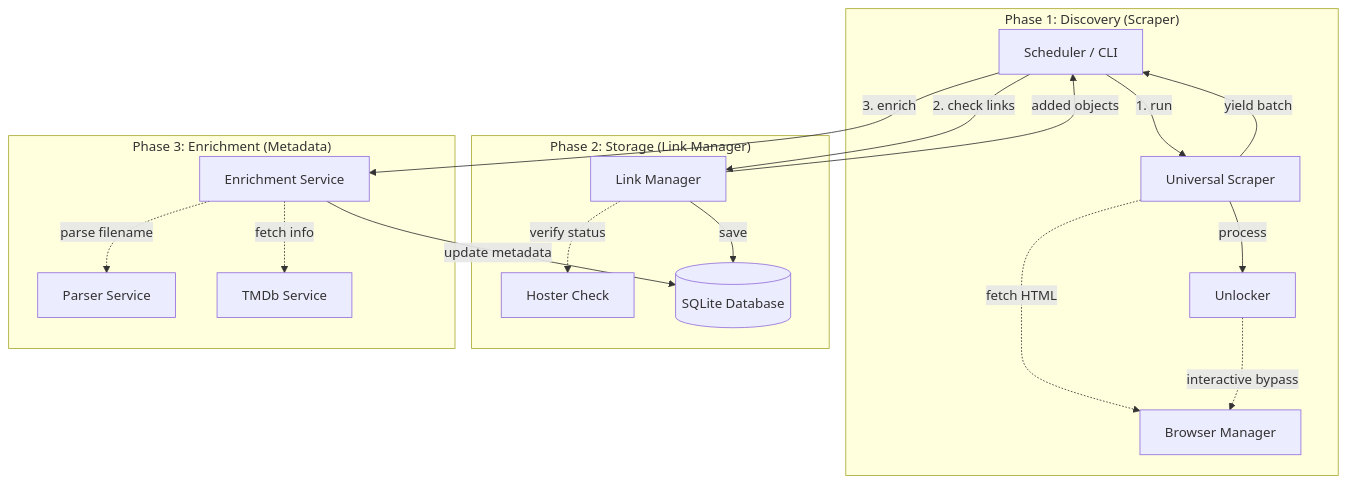
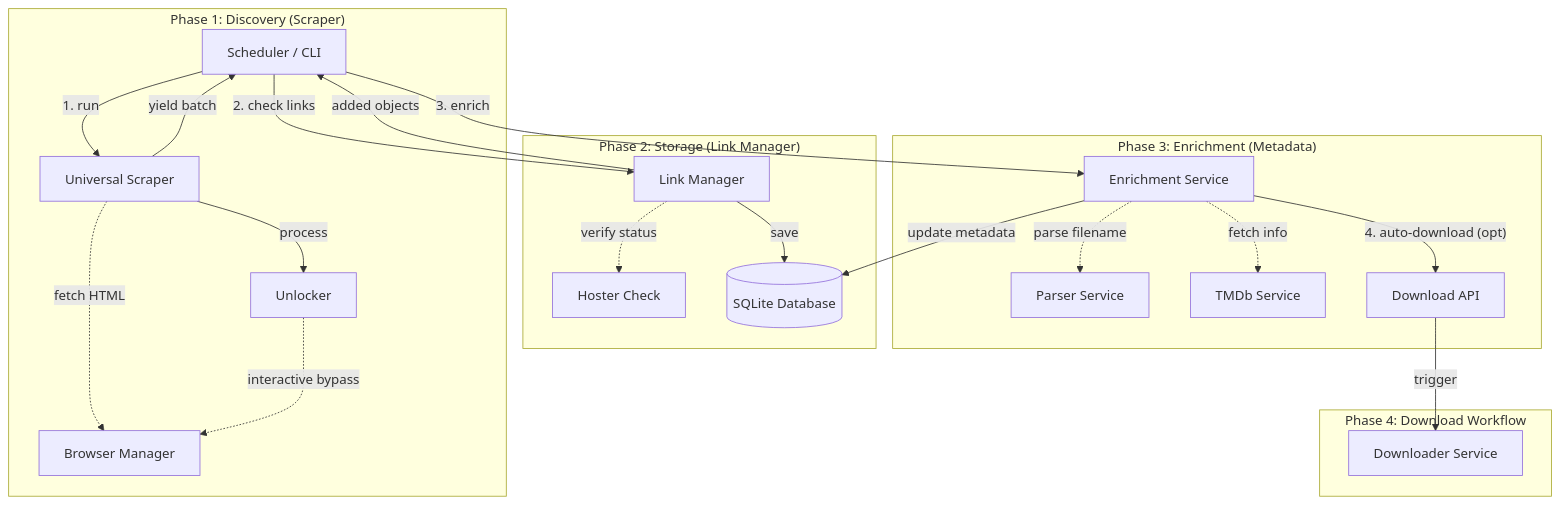
The first of 2 diagrams in README.md (dmachard/DDL-tower), drawn with Mermaid before and after one commit. The commit also changed other lines of this file and 5 other files, not shown here.

Commit message:
feat: implement auto-download workflow triggered by scraper config and add corresponding unit tests

````diff
--- a/README.md
+++ b/README.md
@@ -238,26 +238,31 @@
 ```mermaid
 graph TD
     SCH[Scheduler / CLI]
     
     subgraph "Phase 1: Discovery (Scraper)"
         SCH -->|1. run| SCR[Universal Scraper]
         SCR -.->|fetch HTML| BRW[Browser Manager]
         SCR -->|process| UNL[Unlocker]
         UNL -.->|interactive bypass| BRW
         SCR -- "yield batch" --> SCH
     end
 
     subgraph "Phase 2: Storage (Link Manager)"
         SCH -- "2. check links" --> LNK[Link Manager]
         LNK -.->|verify status| HST[Hoster Check]
         LNK -- "save" --> DB[(SQLite Database)]
         LNK -- "added objects" --> SCH
     end
 
     subgraph "Phase 3: Enrichment (Metadata)"
         SCH -- "3. enrich" --> ENR[Enrichment Service]
         ENR -.->|parse filename| PRS[Parser Service]
         ENR -.->|fetch info| TMDB[TMDb Service]
         ENR -- "update metadata" --> DB
+        ENR -- "4. auto-download (opt)" --> API
+    end
+
+    subgraph "Phase 4: Download Workflow"
+        API[Download API] -->|trigger| DL[Downloader Service]
     end
 ```
````
